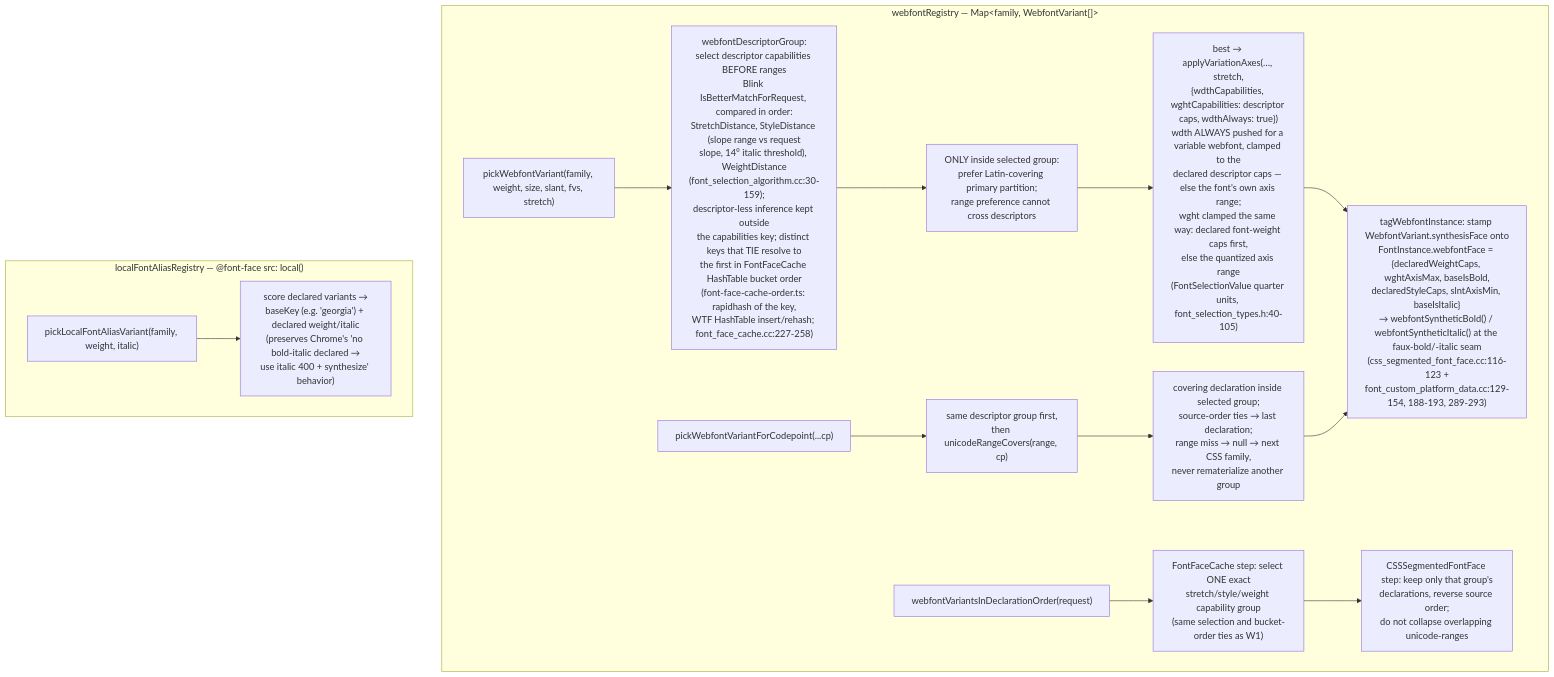
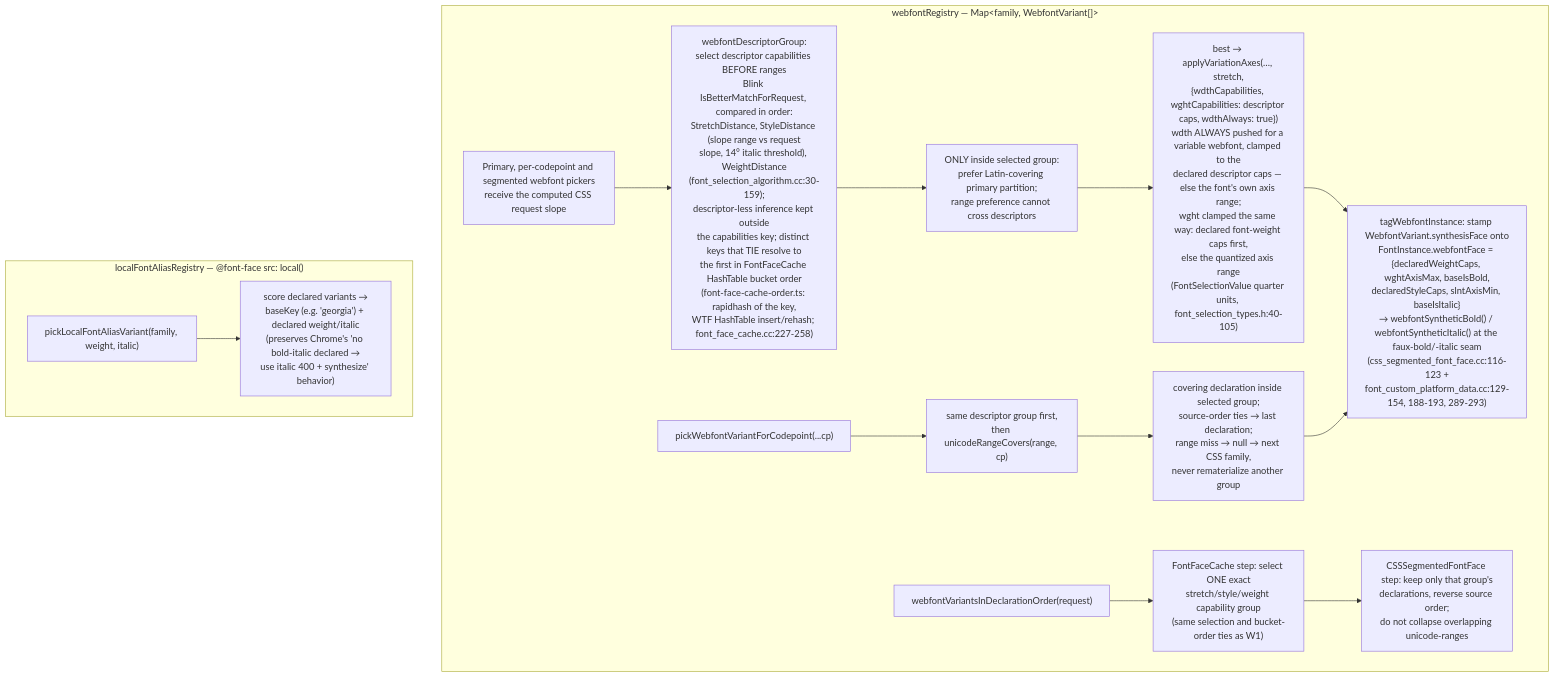
One commit to brianwestphal/domotion changed the fifth of 13 diagrams in docs/font-resolution-diagram.md. Above: the diagram before and after it, drawn with Mermaid. The commit also changed other lines of this file and 7 other files, not shown here.

First line of the commit message:
DM-FM0H95 Rank webfont faces by computed oblique angle

````diff
--- a/docs/font-resolution-diagram.md
+++ b/docs/font-resolution-diagram.md
@@ -1192,17 +1192,17 @@
 ```mermaid
 flowchart TD
   subgraph WF["webfontRegistry — Map&lt;family, WebfontVariant[]&gt;"]
-    W0["pickWebfontVariant(family, weight, size, slant, fvs, stretch)"] --> W1["webfontDescriptorGroup:<br/>select descriptor capabilities BEFORE ranges<br/>Blink IsBetterMatchForRequest, compared in order:<br/>StretchDistance, StyleDistance (slope range vs request<br/>slope, 14° italic threshold), WeightDistance<br/>(font_selection_algorithm.cc:30-159);<br/>descriptor-less inference kept outside<br/>the capabilities key; distinct keys that TIE resolve to<br/>the first in FontFaceCache HashTable bucket order<br/>(font-face-cache-order.ts: rapidhash of the key,<br/>WTF HashTable insert/rehash; font_face_cache.cc:227-258)"]
+    W0["Primary, per-codepoint and segmented webfont pickers<br/>receive the computed CSS request slope"] --> W1["webfontDescriptorGroup:<br/>select descriptor capabilities BEFORE ranges<br/>Blink IsBetterMatchForRequest, compared in order:<br/>StretchDistance, StyleDistance (slope range vs request<br/>slope, 14° italic threshold), WeightDistance<br/>(font_selection_algorithm.cc:30-159);<br/>descriptor-less inference kept outside<br/>the capabilities key; distinct keys that TIE resolve to<br/>the first in FontFaceCache HashTable bucket order<br/>(font-face-cache-order.ts: rapidhash of the key,<br/>WTF HashTable insert/rehash; font_face_cache.cc:227-258)"]
     W1 --> WL["ONLY inside selected group:<br/>prefer Latin-covering primary partition;<br/>range preference cannot cross descriptors"]
     WL --> W2["best → applyVariationAxes(…, stretch,<br/>{wdthCapabilities, wghtCapabilities: descriptor caps, wdthAlways: true})<br/>wdth ALWAYS pushed for a variable webfont, clamped to the<br/>declared descriptor caps — else the font's own axis range;<br/>wght clamped the same way: declared font-weight caps first,<br/>else the quantized axis range<br/>(FontSelectionValue quarter units, font_selection_types.h:40-105)"]
     W2 --> W3["tagWebfontInstance: stamp WebfontVariant.synthesisFace onto<br/>FontInstance.webfontFace = {declaredWeightCaps, wghtAxisMax, baseIsBold,<br/>declaredStyleCaps, slntAxisMin, baseIsItalic}<br/>→ webfontSyntheticBold() / webfontSyntheticItalic() at the faux-bold/-italic seam<br/>(css_segmented_font_face.cc:116-123 +<br/>font_custom_platform_data.cc:129-154, 188-193, 289-293)"]
     P0["pickWebfontVariantForCodepoint(...cp)"] --> P1["same descriptor group first,<br/>then unicodeRangeCovers(range, cp)"]
     P1 --> P2["covering declaration inside selected group;<br/>source-order ties → last declaration;<br/>range miss → null → next CSS family,<br/>never rematerialize another group"]
     P2 --> W3
     S0["webfontVariantsInDeclarationOrder(request)"] --> S1["FontFaceCache step: select ONE exact<br/>stretch/style/weight capability group<br/>(same selection and bucket-order ties as W1)"]
     S1 --> S2["CSSSegmentedFontFace step: keep only that group's<br/>declarations, reverse source order;<br/>do not collapse overlapping unicode-ranges"]
   end
   subgraph LA["localFontAliasRegistry — @font-face src: local()"]
     LA0["pickLocalFontAliasVariant(family, weight, italic)"] --> LA1["score declared variants →<br/>baseKey (e.g. 'georgia') + declared weight/italic<br/>(preserves Chrome's 'no bold-italic declared →<br/>use italic 400 + synthesize' behavior)"]
   end
 ```
````
